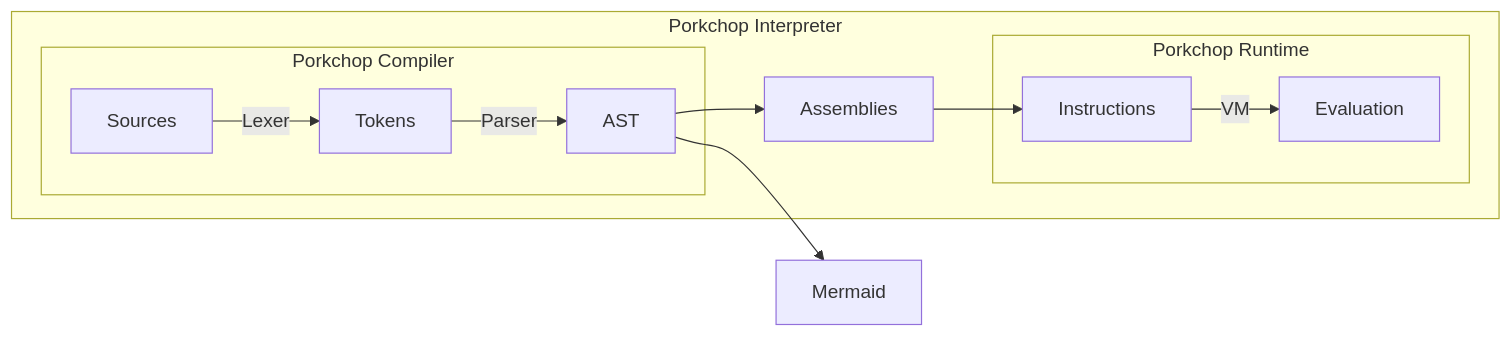
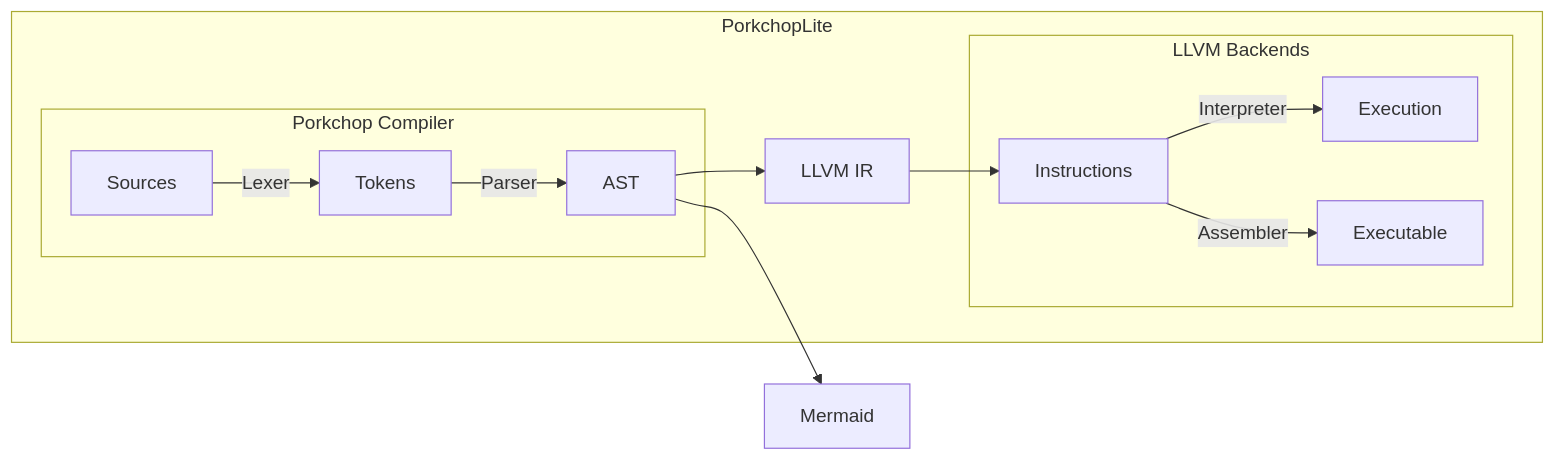
The diagram in README.md (Yaossg/PorkchopLite), drawn with Mermaid before and after one commit. The commit also changed other lines of this file, not shown here.

````diff
--- a/README.md
+++ b/README.md
@@ -17,23 +17,24 @@
 ```mermaid
 graph LR
 
 AST-->Mermaid
 
-subgraph Porkchop Interpreter
+subgraph PorkchopLite
 
 subgraph Porkchop Compiler
 Sources-->|Lexer|Tokens-->|Parser|AST
 
 
 end
 
 
-AST-->Assemblies-->Instructions
+AST-->IR["LLVM IR"]-->Instructions
 
-subgraph Porkchop Runtime
-Instructions-->|VM|Evaluation
+subgraph LLVM Backends
+Instructions-->|Interpreter|Execution
+Instructions-->|Assembler|Executable
 end
 
 end
 
 ```
````
